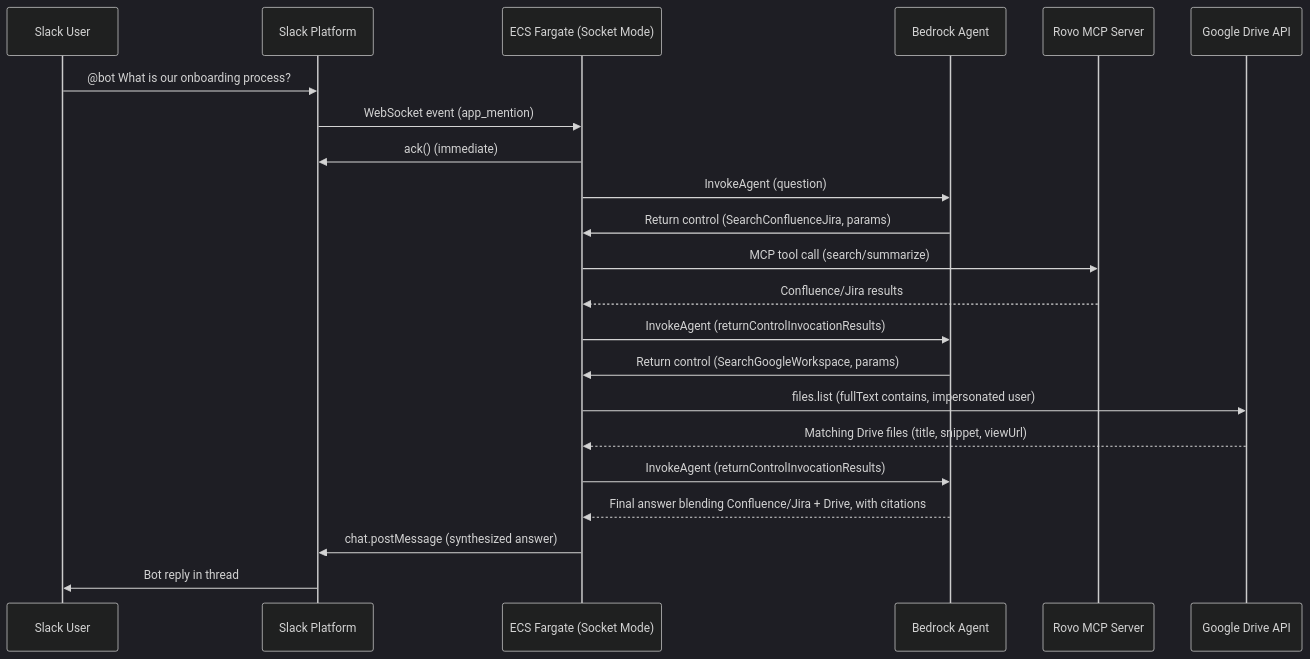
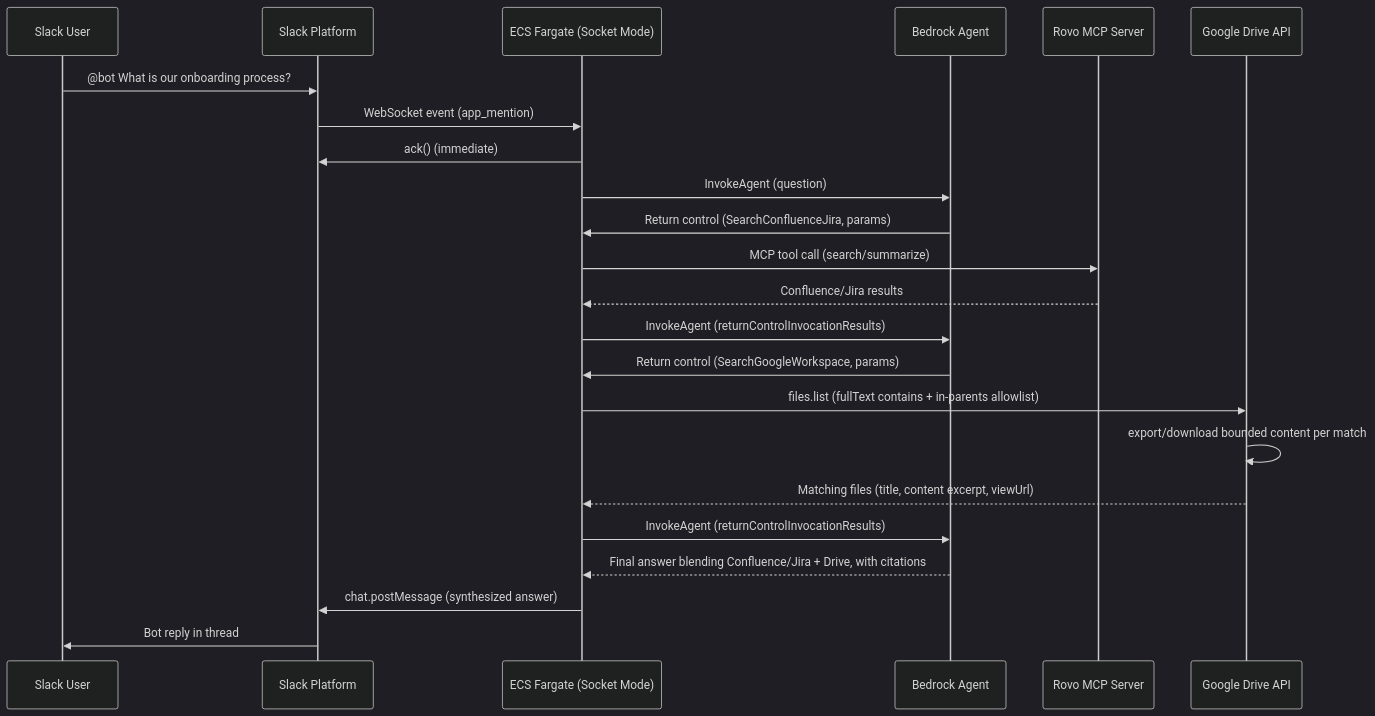
The first of 3 diagrams in .kiro/specs/slack-agent-router/design.md (Sage-Bionetworks-IT/sage-kb-chatbot), drawn with Mermaid (dark theme) before and after one commit. The commit also changed other lines of this file and 2 other files, not shown here.

First line of the commit message:
[IT-5379] Require service-account credentials for Google Drive DWD; defer keyless WIF

````diff
--- a/.kiro/specs/slack-agent-router/design.md
+++ b/.kiro/specs/slack-agent-router/design.md
@@ -47,25 +47,26 @@
 ```mermaid
 sequenceDiagram
     participant U as Slack User
     participant S as Slack Platform
     participant ECS as ECS Fargate (Socket Mode)
     participant BA as Bedrock Agent
     participant RV as Rovo MCP Server
     participant GD as Google Drive API
 
     U->>S: @bot What is our onboarding process?
     S->>ECS: WebSocket event (app_mention)
     ECS->>S: ack() (immediate)
     ECS->>BA: InvokeAgent (question)
     BA->>ECS: Return control (SearchConfluenceJira, params)
     ECS->>RV: MCP tool call (search/summarize)
     RV-->>ECS: Confluence/Jira results
     ECS->>BA: InvokeAgent (returnControlInvocationResults)
     BA->>ECS: Return control (SearchGoogleWorkspace, params)
-    ECS->>GD: files.list (fullText contains, impersonated user)
-    GD-->>ECS: Matching Drive files (title, snippet, viewUrl)
+    ECS->>GD: files.list (fullText contains + in-parents allowlist)
+    GD->>GD: export/download bounded content per match
+    GD-->>ECS: Matching files (title, content excerpt, viewUrl)
     ECS->>BA: InvokeAgent (returnControlInvocationResults)
     BA-->>ECS: Final answer blending Confluence/Jira + Drive, with citations
     ECS->>S: chat.postMessage (synthesized answer)
     S->>U: Bot reply in thread
 ```
````
